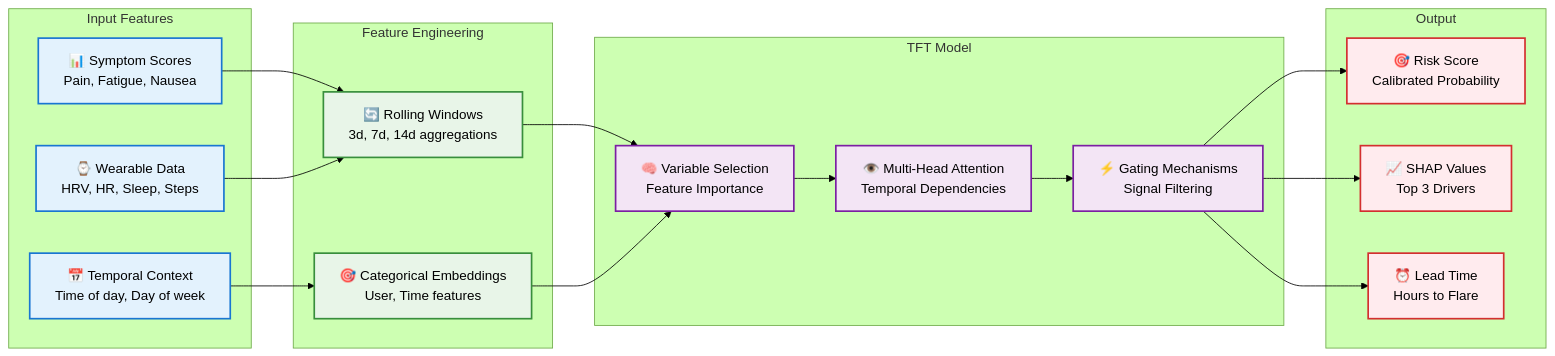
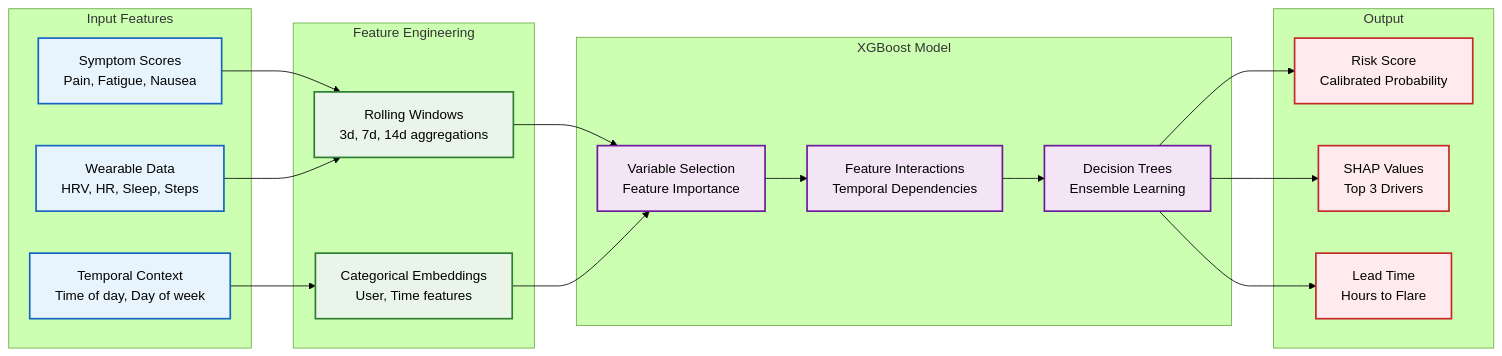
Before and after one commit to PriscillaOng12/Aegis: the second of 7 diagrams in README.md, drawn with Mermaid (forest theme). The commit also changed other lines of this file, not shown here.

````diff
--- a/README.md
+++ b/README.md
@@ -153,46 +153,46 @@
 ```mermaid
 graph LR
     subgraph "Input Features"
-        Symptoms[📊 Symptom Scores<br/>Pain, Fatigue, Nausea]
-        Wearables[⌚ Wearable Data<br/>HRV, HR, Sleep, Steps]
-        Context[📅 Temporal Context<br/>Time of day, Day of week]
+        Symptoms[Symptom Scores<br/>Pain, Fatigue, Nausea]
+        Wearables[Wearable Data<br/>HRV, HR, Sleep, Steps]
+        Context[Temporal Context<br/>Time of day, Day of week]
     end
     
     subgraph "Feature Engineering"
-        Rolling[🔄 Rolling Windows<br/>3d, 7d, 14d aggregations]
-        Embeddings[🎯 Categorical Embeddings<br/>User, Time features]
+        Rolling[Rolling Windows<br/>3d, 7d, 14d aggregations]
+        Embeddings[Categorical Embeddings<br/>User, Time features]
     end
     
-    subgraph "TFT Model"
-        VSN[🧠 Variable Selection<br/>Feature Importance]
-        Attention[👁️ Multi-Head Attention<br/>Temporal Dependencies]
-        Gates[⚡ Gating Mechanisms<br/>Signal Filtering]
+    subgraph "XGBoost Model"
+        VSN[Variable Selection<br/>Feature Importance]
+        Attention[Feature Interactions<br/>Temporal Dependencies]
+        Gates[Decision Trees<br/>Ensemble Learning]
     end
     
     subgraph "Output"
-        Risk[🎯 Risk Score<br/>Calibrated Probability]
-        SHAP_OUT[📈 SHAP Values<br/>Top 3 Drivers]
-        LeadTime[⏰ Lead Time<br/>Hours to Flare]
+        Risk[Risk Score<br/>Calibrated Probability]
+        SHAP_OUT[SHAP Values<br/>Top 3 Drivers]
+        LeadTime[Lead Time<br/>Hours to Flare]
     end
     
     Symptoms --> Rolling
     Wearables --> Rolling
     Context --> Embeddings
     Rolling --> VSN
     Embeddings --> VSN
     VSN --> Attention
     Attention --> Gates
     Gates --> Risk
     Gates --> SHAP_OUT
     Gates --> LeadTime
     
-    classDef input fill:#E3F2FD,stroke:#1976D2,stroke-width:2px
-    classDef processing fill:#E8F5E8,stroke:#388E3C,stroke-width:2px
-    classDef model fill:#F3E5F5,stroke:#7B1FA2,stroke-width:2px
-    classDef output fill:#FFEBEE,stroke:#D32F2F,stroke-width:2px
+    classDef input fill:#E8F4FD,stroke:#1565C0,stroke-width:2px,color:#000000
+    classDef processing fill:#E8F5E8,stroke:#2E7D32,stroke-width:2px,color:#000000
+    classDef model fill:#F3E5F5,stroke:#6A1B9A,stroke-width:2px,color:#000000
+    classDef output fill:#FFEBEE,stroke:#C62828,stroke-width:2px,color:#000000
     
     class Symptoms,Wearables,Context input
     class Rolling,Embeddings processing
     class VSN,Attention,Gates model
     class Risk,SHAP_OUT,LeadTime output
 ```
````
